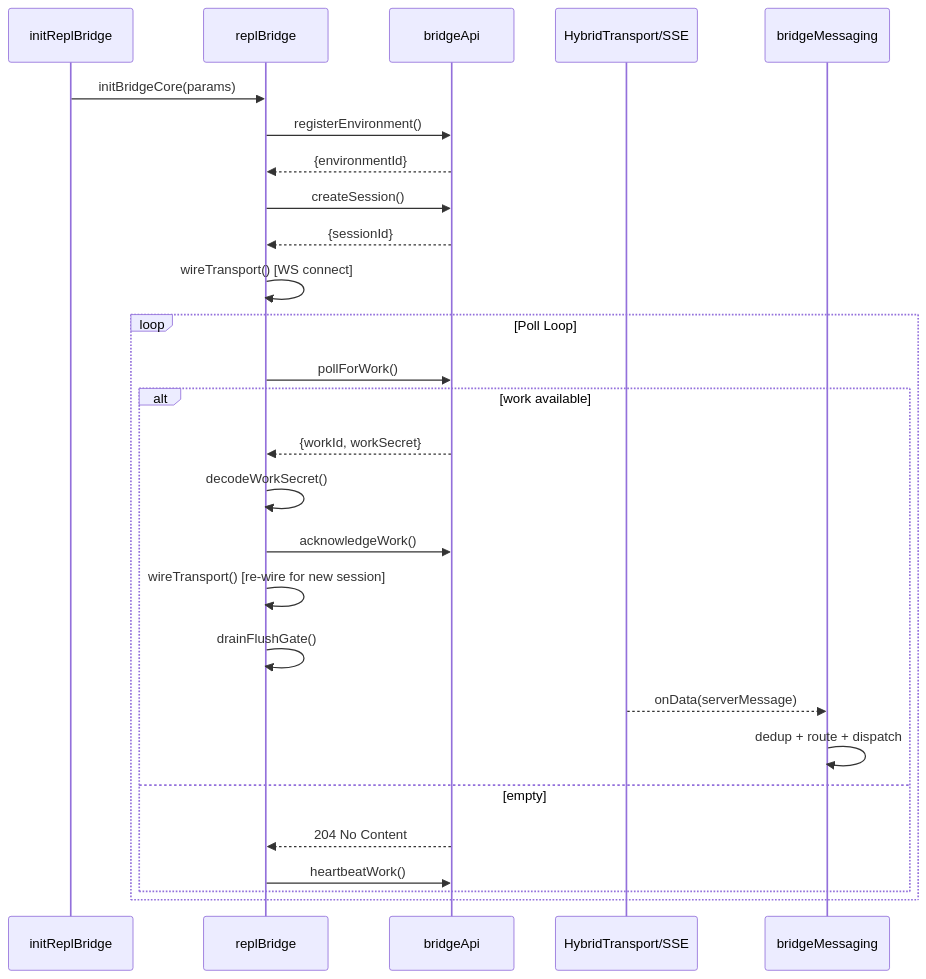
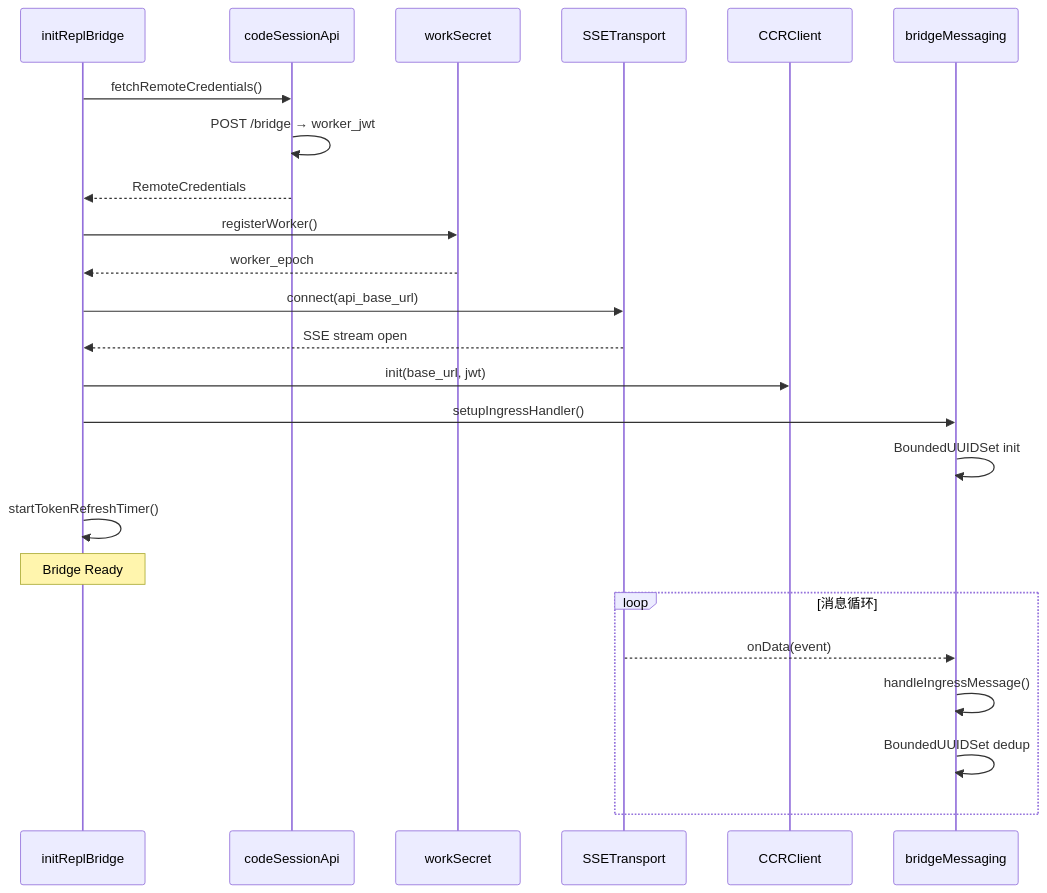
The fifth of 5 diagrams in branches/main/task-analyses/T-14-bridge-remote.md (LiuYuuChen/clawcode_analysis), drawn with Mermaid before and after one commit. The commit also changed other lines of this file and 137 other files, not shown here.

````diff
--- a/branches/main/task-analyses/T-14-bridge-remote.md
+++ b/branches/main/task-analyses/T-14-bridge-remote.md
@@ -333,30 +398,27 @@
 ```mermaid
 sequenceDiagram
-    participant Init as initReplBridge
-    participant V1 as replBridge
-    participant API as bridgeApi
-    participant WS as HybridTransport/SSE
+    participant IRB as initReplBridge
+    participant CSA as codeSessionApi
+    participant WS as workSecret
+    participant SSE as SSETransport
+    participant CCR as CCRClient
     participant Msg as bridgeMessaging
-    
-    Init->>V1: initBridgeCore(params)
-    V1->>API: registerEnvironment()
-    API-->>V1: {environmentId}
-    V1->>API: createSession()
-    API-->>V1: {sessionId}
-    V1->>V1: wireTransport() [WS connect]
-    loop Poll Loop
-        V1->>API: pollForWork()
-        alt work available
-            API-->>V1: {workId, workSecret}
-            V1->>V1: decodeWorkSecret()
-            V1->>API: acknowledgeWork()
-            V1->>V1: wireTransport() [re-wire for new session]
-            V1->>V1: drainFlushGate()
-            WS-->>Msg: onData(serverMessage)
-            Msg->>Msg: dedup + route + dispatch
-        else empty
-            API-->>V1: 204 No Content
-            V1->>API: heartbeatWork()
-        end
+
+    IRB->>CSA: fetchRemoteCredentials()
+    CSA->>CSA: POST /bridge → worker_jwt
+    CSA-->>IRB: RemoteCredentials
+    IRB->>WS: registerWorker()
+    WS-->>IRB: worker_epoch
+    IRB->>SSE: connect(api_base_url)
+    SSE-->>IRB: SSE stream open
+    IRB->>CCR: init(base_url, jwt)
+    IRB->>Msg: setupIngressHandler()
+    Msg->>Msg: BoundedUUIDSet init
+    IRB->>IRB: startTokenRefreshTimer()
+    Note over IRB: Bridge Ready
+    loop 消息循环
+        SSE-->>Msg: onData(event)
+        Msg->>Msg: handleIngressMessage()
+        Msg->>Msg: BoundedUUIDSet dedup
     end
 ```
````
